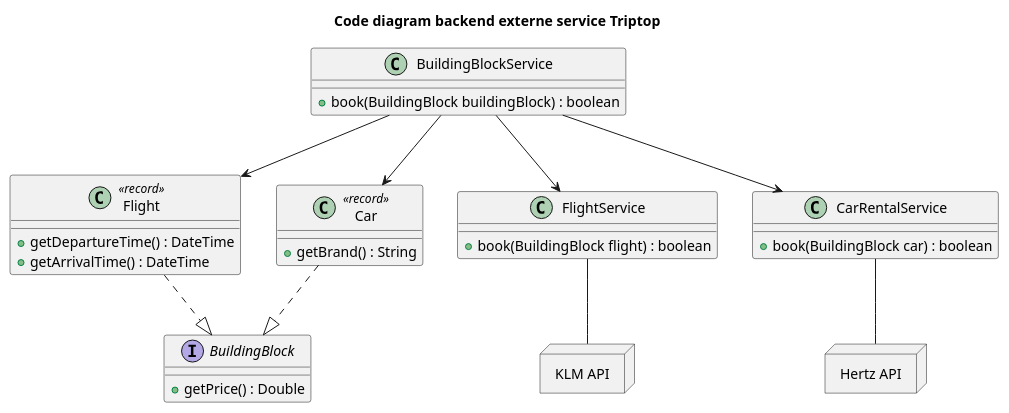
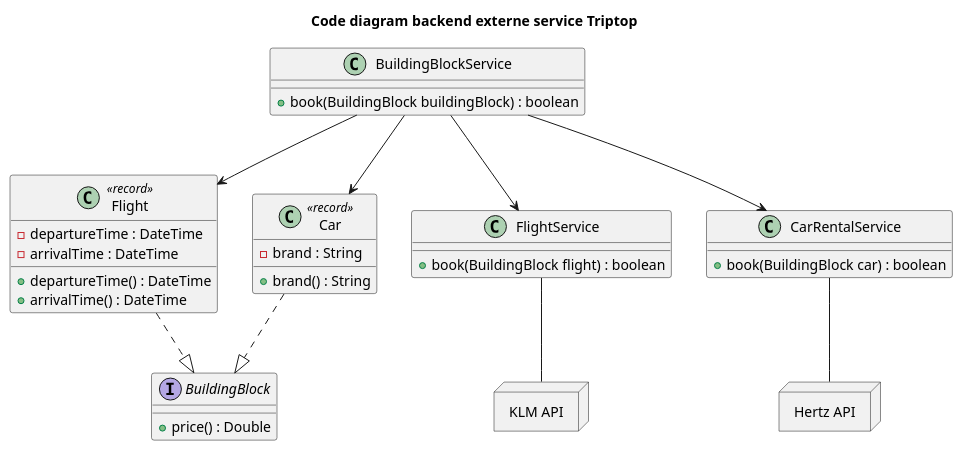
Before and after one commit to AIM-ENE-feb25/triptop-groep-tweeeeeeeeeeeeeeeeeeeeee: the diagram in Stefan c4 code diagram backend.puml, drawn with PlantUML. The commit also changed 8 other files, not shown here.

```diff
--- a/Stefan c4 code diagram backend.puml
+++ b/Stefan c4 code diagram backend.puml
@@ -1,47 +1,50 @@
 @startuml
 
 title Code diagram backend externe service Triptop
 
 class Flight <<record>> {
-    +getDepartureTime() : DateTime
-    +getArrivalTime() : DateTime
+    -departureTime : DateTime
+    -arrivalTime : DateTime
+    +departureTime() : DateTime
+    +arrivalTime() : DateTime
 }
 
 class Car <<record>> {
-    +getBrand() : String
+    -brand : String
+    +brand() : String
 }
 
 class BuildingBlockService {
     +book(BuildingBlock buildingBlock) : boolean
 }
 
 class FlightService {
     +book(BuildingBlock flight) : boolean
 }
 
 class CarRentalService {
     +book(BuildingBlock car) : boolean
 }
 
 interface BuildingBlock {
-    +getPrice() : Double
+    +price() : Double
 }
 
 BuildingBlockService --> FlightService
 BuildingBlockService --> CarRentalService
 BuildingBlockService --> Car
 BuildingBlockService --> Flight
 Flight ..|> BuildingBlock
 Car ..|> BuildingBlock
 
 
 node "KLM API" as KLM {
 }
 
 node "Hertz API" as Hertz {
 }
 
 FlightService -- KLM
 CarRentalService -- Hertz
 
 @enduml
```
